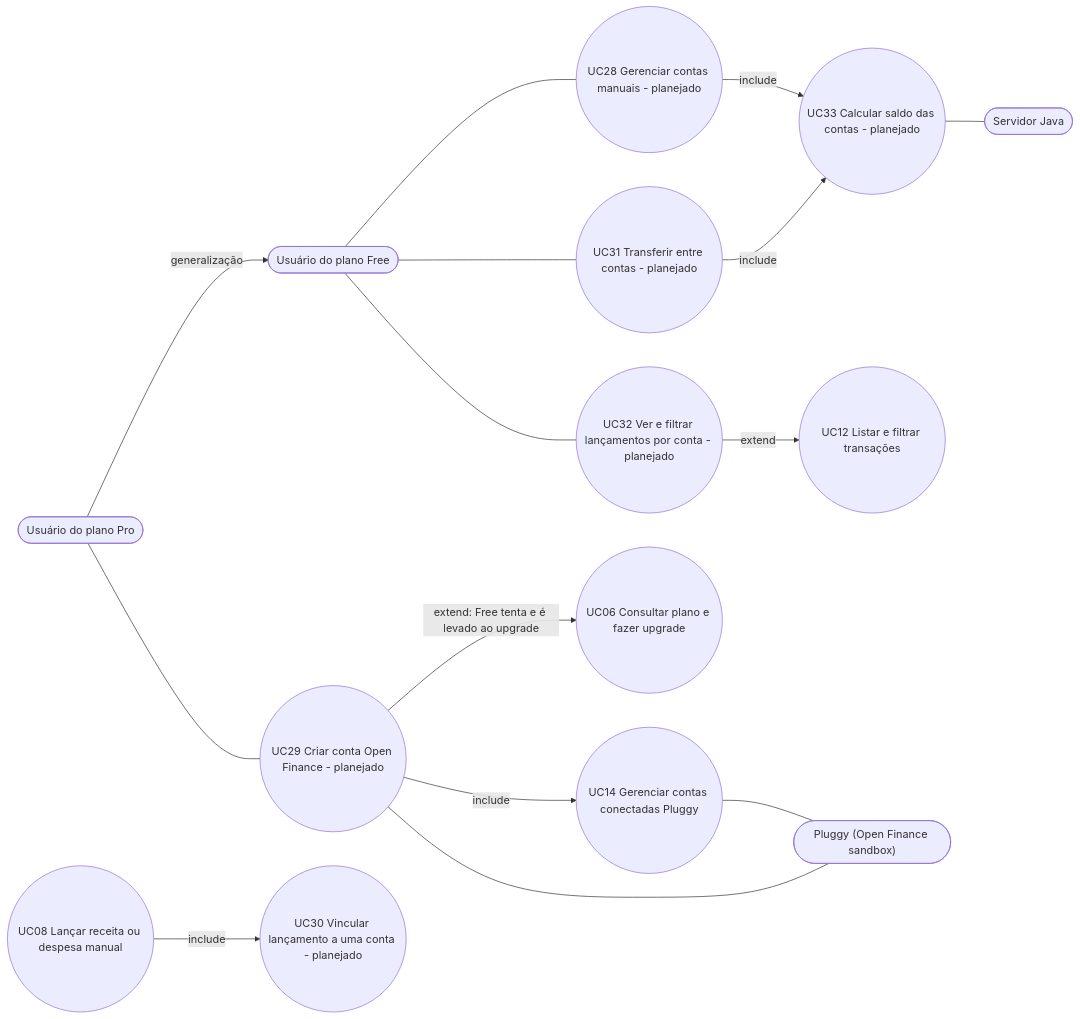
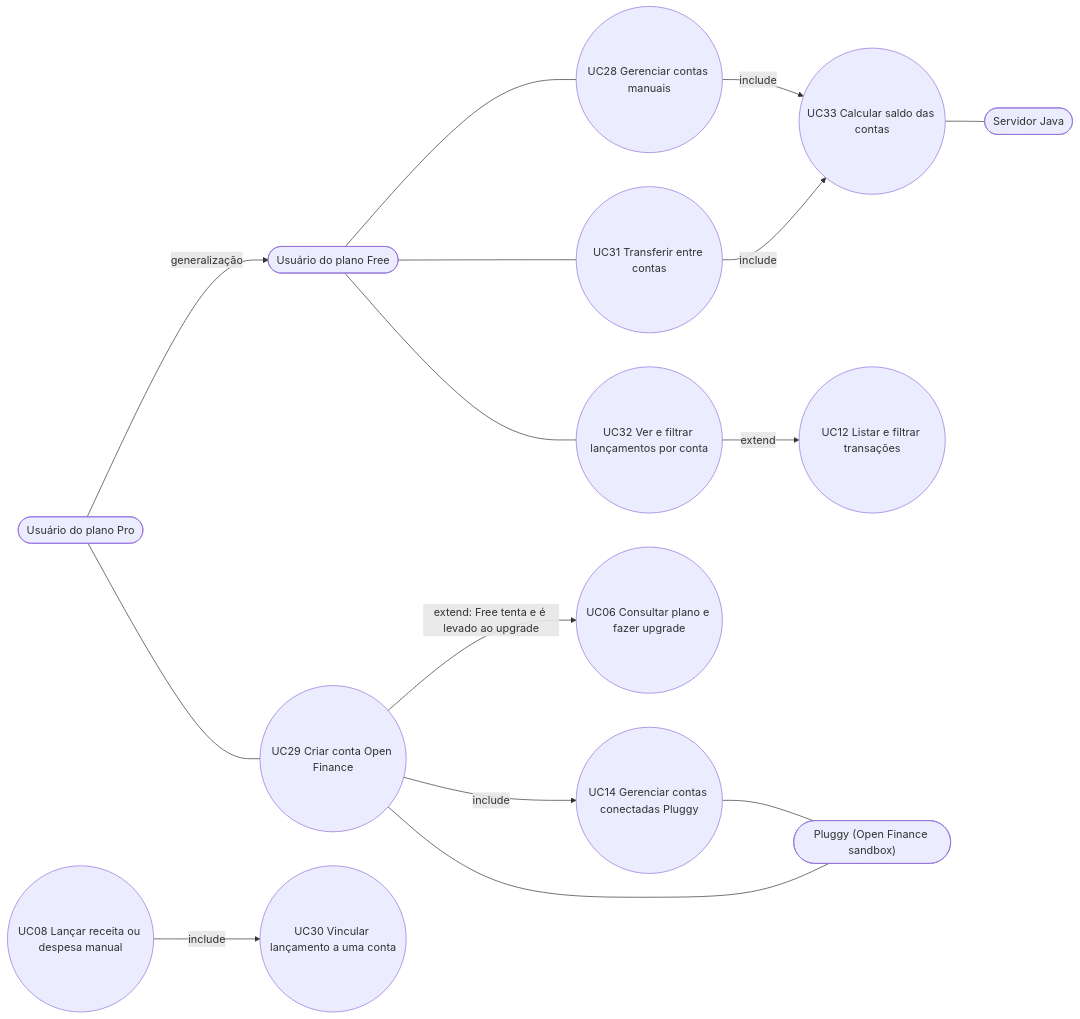
The seventh of 8 diagrams in docs/uml/03-casos-de-uso.md (MiguelFMont/ES-PI4-2026-T1-G18), drawn with Mermaid before and after one commit. The commit also changed other lines of this file and 27 other files, not shown here.

Commit message:
docs: UML só do Servidor (remove diagramas de classes do Backend e do Frontend e as marcas de planejado)

````diff
--- a/docs/uml/03-casos-de-uso.md
+++ b/docs/uml/03-casos-de-uso.md
@@ -248,21 +247,21 @@
 ```mermaid
 flowchart LR
     F(["Usuário do plano Free"])
     P(["Usuário do plano Pro"])
     J(["Servidor Java"])
     PL(["Pluggy (Open Finance sandbox)"])
     P -->|"generalização"| F
-    F --- UC28(("UC28 Gerenciar contas manuais - planejado"))
-    P --- UC29(("UC29 Criar conta Open Finance - planejado"))
-    F --- UC31(("UC31 Transferir entre contas - planejado"))
-    F --- UC32(("UC32 Ver e filtrar lançamentos por conta - planejado"))
-    UC08(("UC08 Lançar receita ou despesa manual")) -->|"include"| UC30(("UC30 Vincular lançamento a uma conta - planejado"))
-    UC28 -->|"include"| UC33(("UC33 Calcular saldo das contas - planejado"))
+    F --- UC28(("UC28 Gerenciar contas manuais"))
+    P --- UC29(("UC29 Criar conta Open Finance"))
+    F --- UC31(("UC31 Transferir entre contas"))
+    F --- UC32(("UC32 Ver e filtrar lançamentos por conta"))
+    UC08(("UC08 Lançar receita ou despesa manual")) -->|"include"| UC30(("UC30 Vincular lançamento a uma conta"))
+    UC28 -->|"include"| UC33(("UC33 Calcular saldo das contas"))
     UC31 -->|"include"| UC33
     UC29 -->|"extend: Free tenta e é levado ao upgrade"| UC06(("UC06 Consultar plano e fazer upgrade"))
     UC29 -->|"include"| UC14(("UC14 Gerenciar contas conectadas Pluggy"))
     UC32 -->|"extend"| UC12(("UC12 Listar e filtrar transações"))
     UC33 --- J
     UC29 --- PL
     UC14 --- PL
 ```
````
